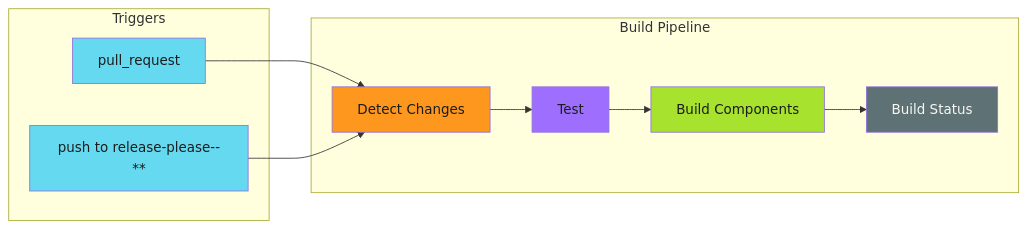
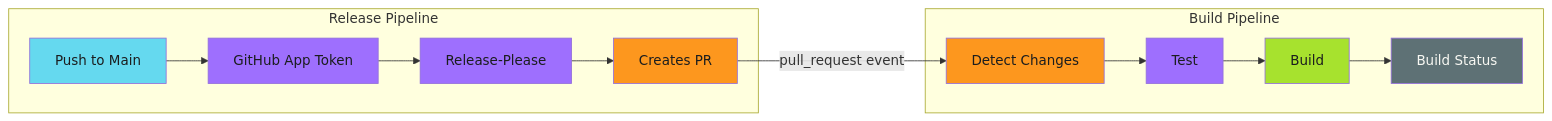
Before and after one commit to adaptive-enforcement-lab/adaptive-enforcement-lab-com: the first of 3 diagrams in docs/operator-manual/github-actions/use-cases/release-pipelines/index.md, drawn with Mermaid. The commit also changed other lines of this file and 4 other files, not shown here.

First line of the commit message:
docs: correct release-please guidance to use GitHub App tokens (#52)

````diff
--- a/docs/operator-manual/github-actions/use-cases/release-pipelines/index.md
+++ b/docs/operator-manual/github-actions/use-cases/release-pipelines/index.md
@@ -16,27 +16,24 @@
 ```mermaid
 flowchart LR
-    subgraph triggers[Triggers]
-        PR[pull_request]
-        Push[push to release-please--**]
+    subgraph release[Release Pipeline]
+        Main[Push to Main] --> AppToken[GitHub App Token]
+        AppToken --> RP[Release-Please]
+        RP --> PR[Creates PR]
     end
 
-    subgraph pipeline[Build Pipeline]
-        DC[Detect Changes]
-        Test[Test]
-        Build[Build Components]
-        Status[Build Status]
+    subgraph build[Build Pipeline]
+        PR -->|pull_request event| DC[Detect Changes]
+        DC --> Test[Test]
+        Test --> Build[Build]
+        Build --> Status[Build Status]
     end
 
-    PR --> DC
-    Push --> DC
-    DC --> Test
-    Test --> Build
-    Build --> Status
-
-    style PR fill:#65d9ef,color:#1b1d1e
-    style Push fill:#65d9ef,color:#1b1d1e
+    style Main fill:#65d9ef,color:#1b1d1e
+    style AppToken fill:#9e6ffe,color:#1b1d1e
+    style RP fill:#9e6ffe,color:#1b1d1e
+    style PR fill:#fd971e,color:#1b1d1e
     style DC fill:#fd971e,color:#1b1d1e
     style Test fill:#9e6ffe,color:#1b1d1e
     style Build fill:#a7e22e,color:#1b1d1e
     style Status fill:#5e7175,color:#f8f8f3
 ```
````
